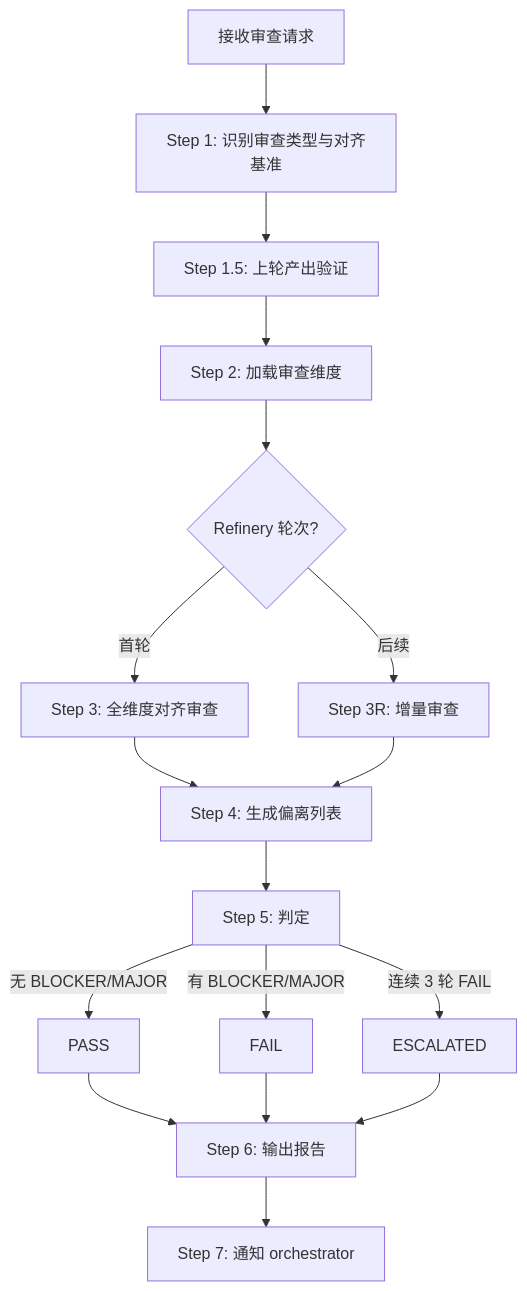
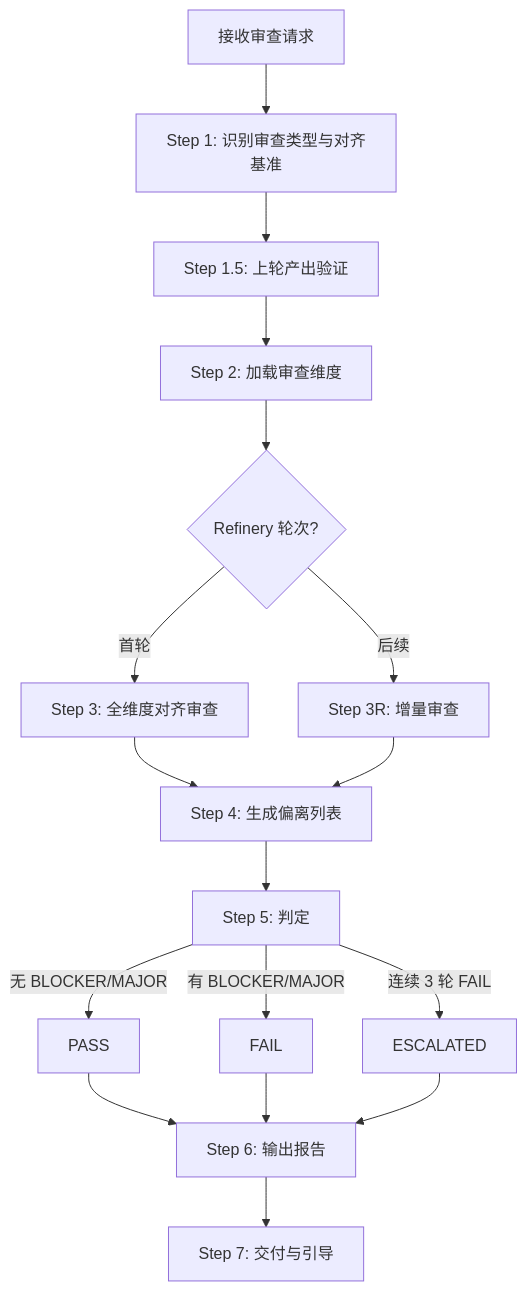
Before and after one commit to chenchiyuan/powerby-skills: the first of 2 diagrams in skills/pb-v1-reviewer/SKILL.md, drawn with Mermaid. The commit also changed other lines of this file and 46 other files, not shown here.

````diff
--- a/skills/pb-v1-reviewer/SKILL.md
+++ b/skills/pb-v1-reviewer/SKILL.md
@@ -273,19 +372,19 @@
 ```mermaid
 graph TD
     Start[接收审查请求] --> Identify[Step 1: 识别审查类型与对齐基准]
     Identify --> Verify[Step 1.5: 上轮产出验证]
     Verify --> Load[Step 2: 加载审查维度]
     Load --> Check{Refinery 轮次?}
     Check -->|首轮| Full[Step 3: 全维度对齐审查]
     Check -->|后续| Delta[Step 3R: 增量审查]
     Full --> Issues[Step 4: 生成偏离列表]
     Delta --> Issues
     Issues --> Judge[Step 5: 判定]
     Judge -->|无 BLOCKER/MAJOR| Pass[PASS]
     Judge -->|有 BLOCKER/MAJOR| Fail[FAIL]
     Judge -->|连续 3 轮 FAIL| Escalate[ESCALATED]
     Pass --> Report[Step 6: 输出报告]
     Fail --> Report
     Escalate --> Report
-    Report --> Notify[Step 7: 通知 orchestrator]
+    Report --> Deliver[Step 7: 交付与引导]
 ```
````
